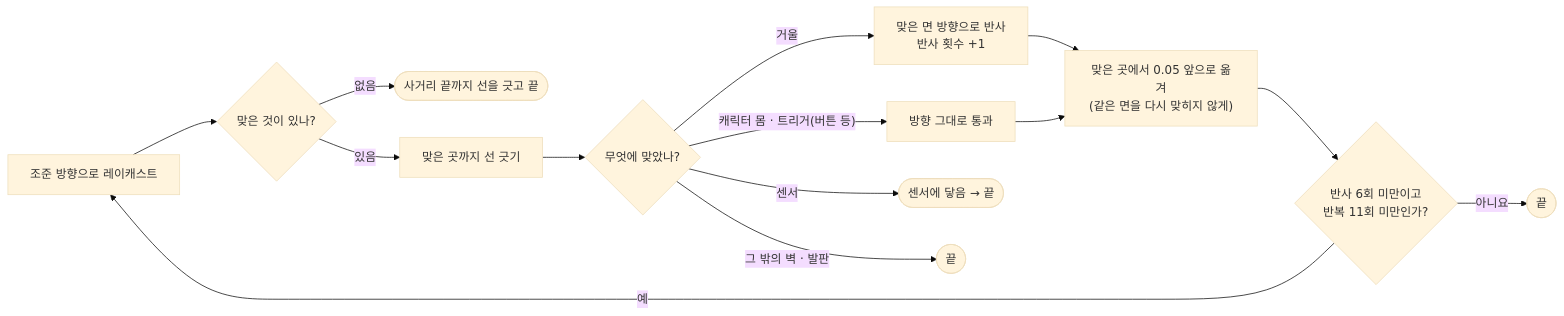
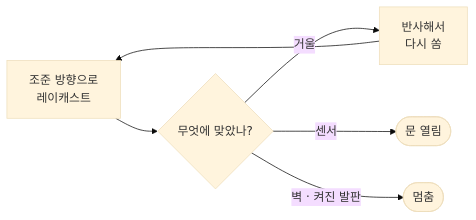
The fourth of 8 diagrams in src/Shifter/Shifter_기술문서.md (krKooHoo/portfolio-template), drawn with Mermaid (base theme) before and after one commit. The commit also changed other lines of this file and 2 other files, not shown here.

Commit message:
기술문서 업데이트 + 줄바꿈 수정

````diff
--- a/src/Shifter/Shifter_기술문서.md
+++ b/src/Shifter/Shifter_기술문서.md
@@ -207,16 +207,8 @@
 ```mermaid
 flowchart LR
-    S["조준 방향으로 레이캐스트"] --> H{"맞은 것이 있나?"}
-    H -->|"없음"| E1(["사거리 끝까지 선을 긋고 끝"])
-    H -->|"있음"| D["맞은 곳까지 선 긋기"]
-    D --> W{"무엇에 맞았나?"}
-    W -->|"거울"| R["맞은 면 방향으로 반사<br/>반사 횟수 +1"]
-    W -->|"캐릭터 몸 · 트리거(버튼 등)"| P["방향 그대로 통과"]
-    W -->|"센서"| OK(["센서에 닿음 → 끝"])
-    W -->|"그 밖의 벽 · 발판"| E2(["끝"])
-    R --> N["맞은 곳에서 0.05 앞으로 옮겨<br/>(같은 면을 다시 맞히지 않게)"]
-    P --> N
-    N --> C{"반사 6회 미만이고<br/>반복 11회 미만인가?"}
-    C -->|"예"| S
-    C -->|"아니요"| E3(["끝"])
+    S["조준 방향으로<br/>레이캐스트"] --> W{"무엇에 맞았나?"}
+    W -->|"거울"| R["반사해서<br/>다시 쏨"]
+    R --> S
+    W -->|"센서"| OK(["문 열림"])
+    W -->|"벽 · 켜진 발판"| E(["멈춤"])
 ```
````
